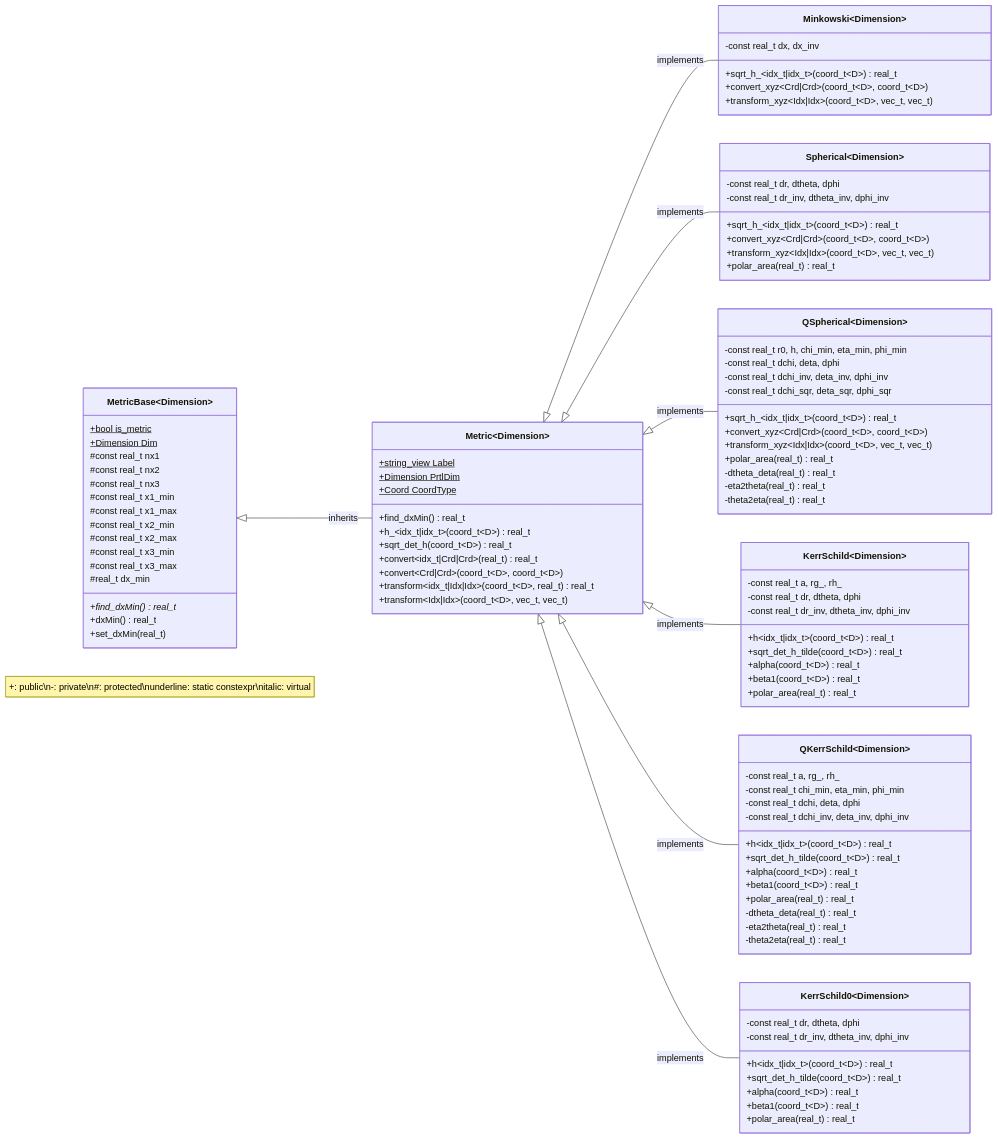
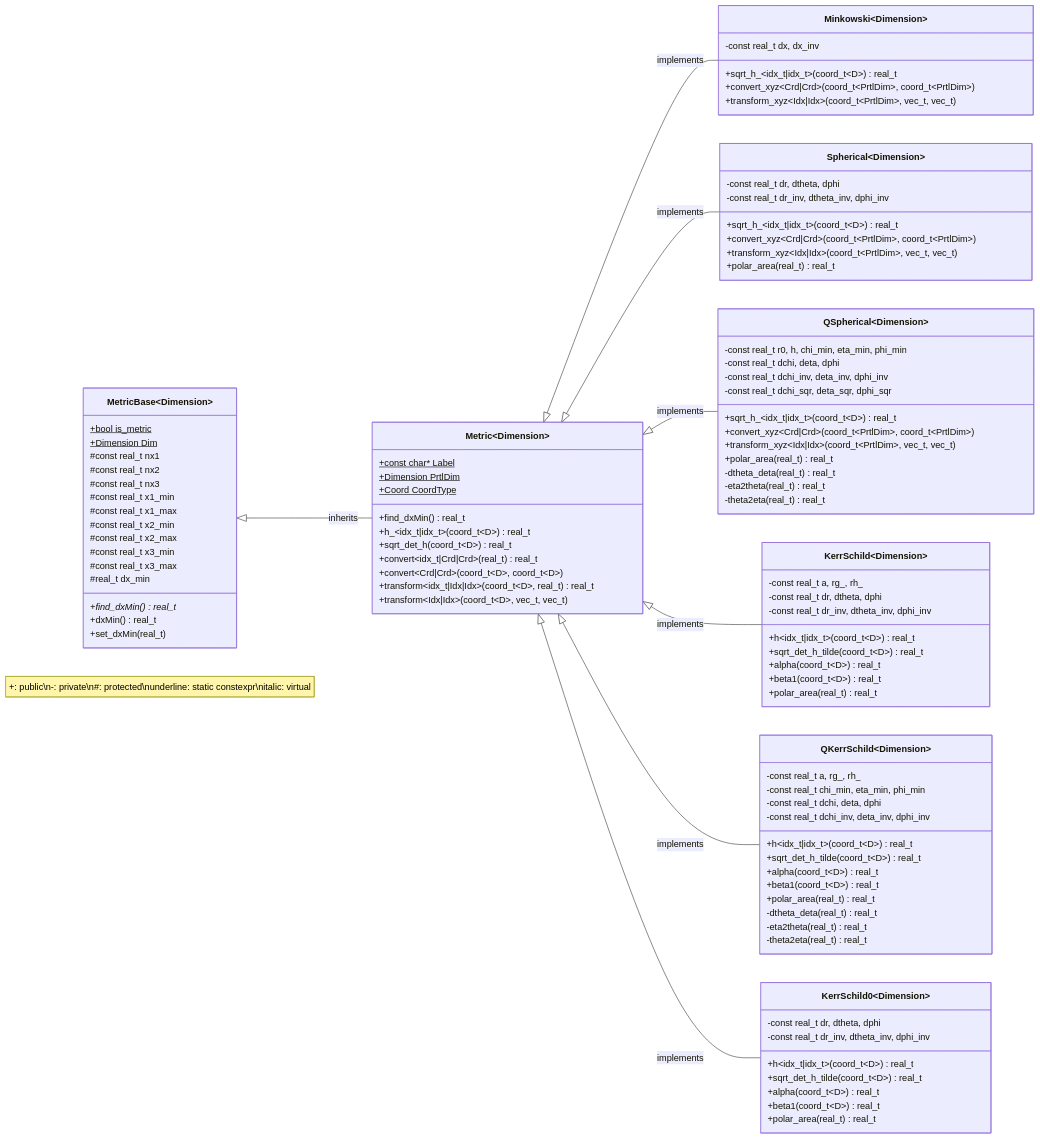
The diagram in docs/code/metrics.md (entity-toolkit/wiki), drawn with Mermaid before and after one commit. The commit also changed other lines of this file and 17 other files, not shown here.

```diff
--- a/docs/code/metrics.md
+++ b/docs/code/metrics.md
@@ -42,7 +265,7 @@
     +set_dxMin(real_t)
   }
   class Metric~Dimension~{
-    +string_view Label$
+    +const char* Label$
     +Dimension PrtlDim$
     +Coord CoordType$
     +find_dxMin() real_t
@@ -56,15 +279,15 @@
   class Minkowski~Dimension~ {
     -const real_t dx, dx_inv
     +sqrt_h_~idx_t|idx_t~(coord_t~D~) real_t
-    +convert_xyz~Crd|Crd~(coord_t~D~, coord_t~D~)
-    +transform_xyz~Idx|Idx~(coord_t~D~, vec_t, vec_t)
+    +convert_xyz~Crd|Crd~(coord_t~PrtlDim~, coord_t~PrtlDim~)
+    +transform_xyz~Idx|Idx~(coord_t~PrtlDim~, vec_t, vec_t)
   }
   class Spherical~Dimension~ {
     -const real_t dr, dtheta, dphi
     -const real_t dr_inv, dtheta_inv, dphi_inv
     +sqrt_h_~idx_t|idx_t~(coord_t~D~) real_t
-    +convert_xyz~Crd|Crd~(coord_t~D~, coord_t~D~)
-    +transform_xyz~Idx|Idx~(coord_t~D~, vec_t, vec_t)
+    +convert_xyz~Crd|Crd~(coord_t~PrtlDim~, coord_t~PrtlDim~)
+    +transform_xyz~Idx|Idx~(coord_t~PrtlDim~, vec_t, vec_t)
     +polar_area(real_t) real_t
   }
   class QSpherical~Dimension~ {
@@ -73,8 +296,8 @@
     -const real_t dchi_inv, deta_inv, dphi_inv
     -const real_t dchi_sqr, deta_sqr, dphi_sqr
     +sqrt_h_~idx_t|idx_t~(coord_t~D~) real_t
-    +convert_xyz~Crd|Crd~(coord_t~D~, coord_t~D~)
-    +transform_xyz~Idx|Idx~(coord_t~D~, vec_t, vec_t)
+    +convert_xyz~Crd|Crd~(coord_t~PrtlDim~, coord_t~PrtlDim~)
+    +transform_xyz~Idx|Idx~(coord_t~PrtlDim~, vec_t, vec_t)
     +polar_area(real_t) real_t
     -dtheta_deta(real_t) real_t
     -eta2theta(real_t) real_t
```
